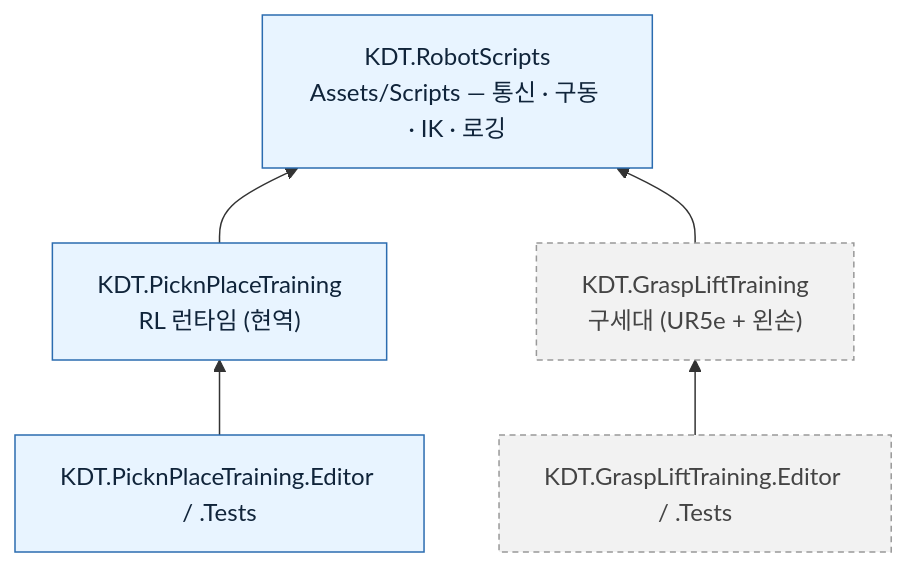
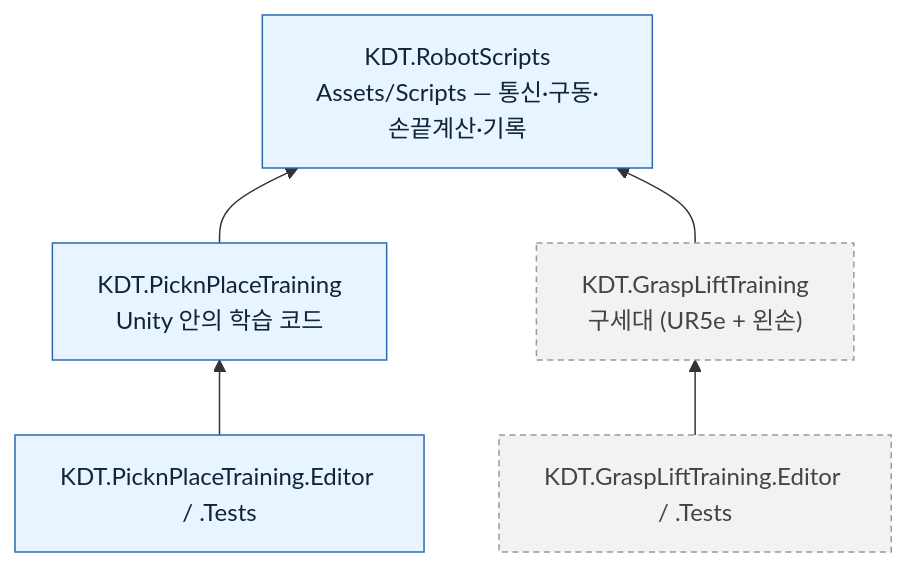
One commit to devLkb/rtauto_project changed the eighth of 9 diagrams in docs/modules/ARCHITECTURE.md. Above: the diagram before and after it, drawn with Mermaid. The commit also changed other lines of this file and 10 other files, not shown here.

````diff
--- a/docs/modules/ARCHITECTURE.md
+++ b/docs/modules/ARCHITECTURE.md
@@ -335,18 +355,18 @@
 ```mermaid
 flowchart BT
-  BASE["KDT.RobotScripts<br/>Assets/Scripts — 통신 · 구동 · IK · 로깅"]
-  PNP["KDT.PicknPlaceTraining<br/>RL 런타임 (현역)"]
+  BASE["KDT.RobotScripts<br/>Assets/Scripts — 통신·구동·손끝계산·기록"]
+  PNP["KDT.PicknPlaceTraining<br/>Unity 안의 학습 코드"]
   PNPE["KDT.PicknPlaceTraining.Editor / .Tests"]
   GL["KDT.GraspLiftTraining<br/>구세대 (UR5e + 왼손)"]
   GLE["KDT.GraspLiftTraining.Editor / .Tests"]
 
   PNP --> BASE
   PNPE --> PNP
   GL --> BASE
   GLE --> GL
 
   classDef now fill:#e8f4ff,stroke:#2b6cb0,color:#10243a
   classDef legacy fill:#f2f2f2,stroke:#999,color:#444,stroke-dasharray:4 3
   class BASE,PNP,PNPE now
   class GL,GLE legacy
 ```
````
